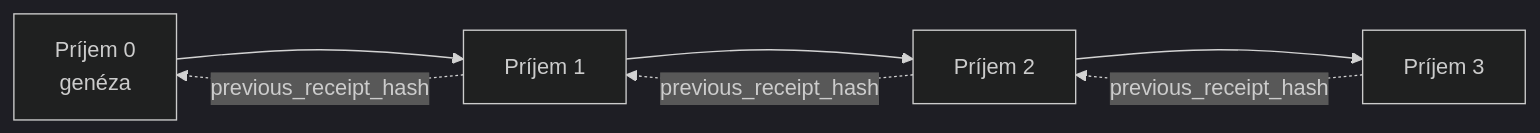
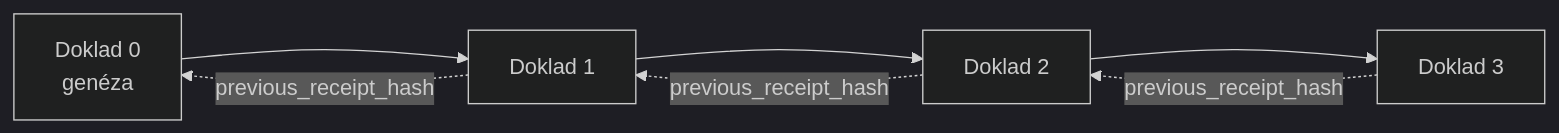
Before and after one commit to microsoft/ai-agents-for-beginners: the second of 2 diagrams in translations/sk/18-securing-ai-agents/README.md, drawn with Mermaid (dark theme). The commit also changed other lines of this file and 46 other files, not shown here.

````diff
--- a/translations/sk/18-securing-ai-agents/README.md
+++ b/translations/sk/18-securing-ai-agents/README.md
@@ -206,9 +203,9 @@
 ```mermaid
 flowchart LR
-    R0[Príjem 0<br/>genéza] --> R1[Príjem 1]
-    R1 --> R2[Príjem 2]
-    R2 --> R3[Príjem 3]
+    R0[Doklad 0<br/>genéza] --> R1[Doklad 1]
+    R1 --> R2[Doklad 2]
+    R2 --> R3[Doklad 3]
     R1 -. previous_receipt_hash .-> R0
     R2 -. previous_receipt_hash .-> R1
     R3 -. previous_receipt_hash .-> R2
 ```
````
